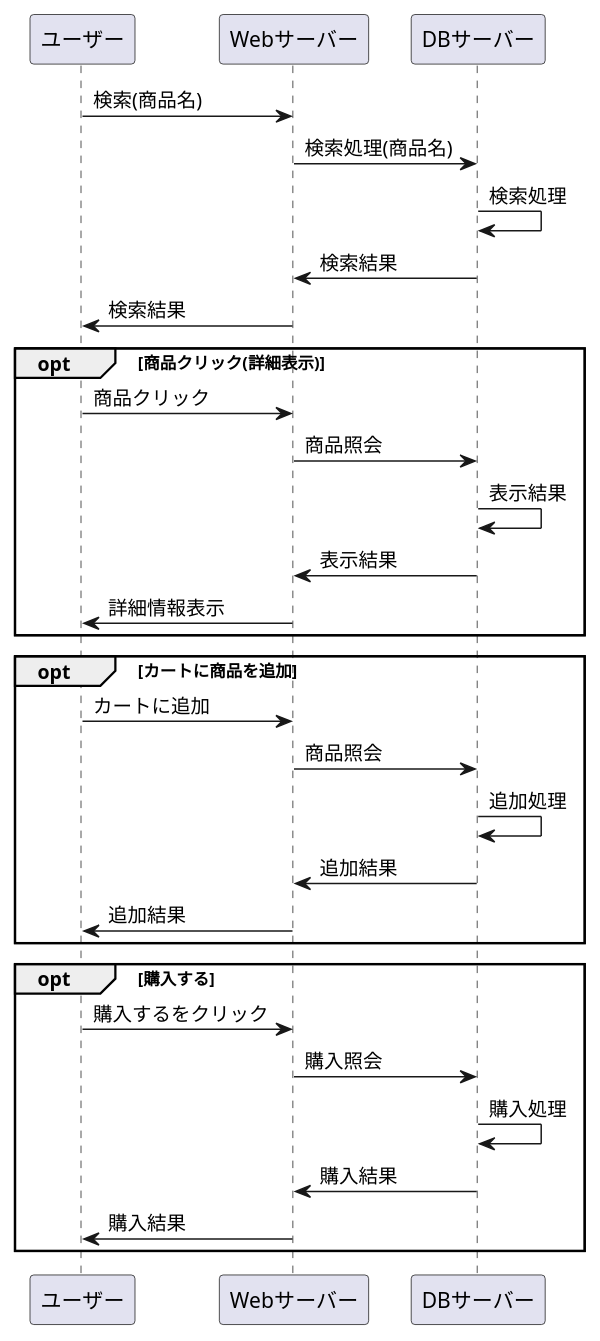
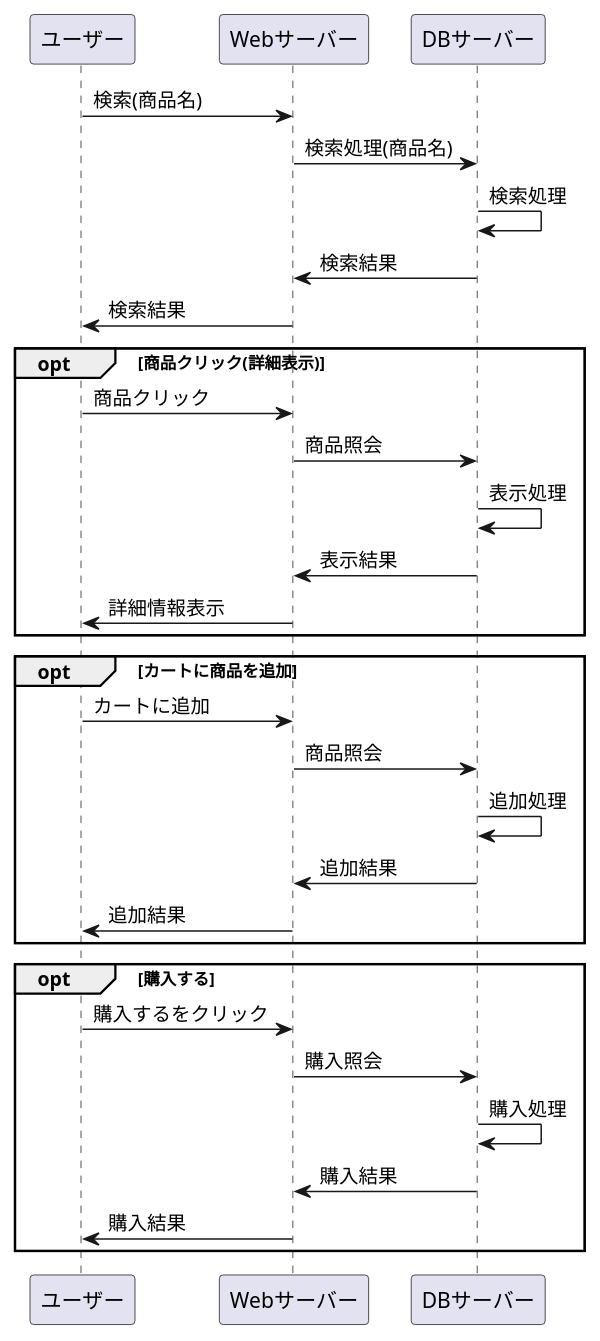
One commit to Aso2001174/2021sys-design changed the diagram in Rainbows/業務フロー(商品購入).md. Above: the diagram before and after it, drawn with PlantUML.

````diff
--- a/Rainbows/業務フロー(商品購入).md
+++ b/Rainbows/業務フロー(商品購入).md
@@ -1,34 +1,34 @@
 ```uml
 @startuml
 ユーザー -> Webサーバー : 検索(商品名)
 Webサーバー -> DBサーバー : 検索処理(商品名)
 DBサーバー -> DBサーバー : 検索処理
 DBサーバー -> Webサーバー : 検索結果
 Webサーバー -> ユーザー : 検索結果
 
 opt 商品クリック(詳細表示)
 ユーザー -> Webサーバー : 商品クリック
 Webサーバー -> DBサーバー : 商品照会
-DBサーバー -> DBサーバー : 表示結果
+DBサーバー -> DBサーバー : 表示処理
 DBサーバー -> Webサーバー : 表示結果
 Webサーバー -> ユーザー : 詳細情報表示
 end
 
 opt カートに商品を追加
 ユーザー -> Webサーバー : カートに追加
 Webサーバー -> DBサーバー : 商品照会
 DBサーバー -> DBサーバー : 追加処理
 DBサーバー -> Webサーバー : 追加結果
 Webサーバー -> ユーザー : 追加結果
 end
 
 opt 購入する
 ユーザー -> Webサーバー : 購入するをクリック
 Webサーバー -> DBサーバー : 購入照会
 DBサーバー -> DBサーバー : 購入処理
 DBサーバー -> Webサーバー : 購入結果
 Webサーバー -> ユーザー : 購入結果
 end
 
 @enduml
 ```
````
